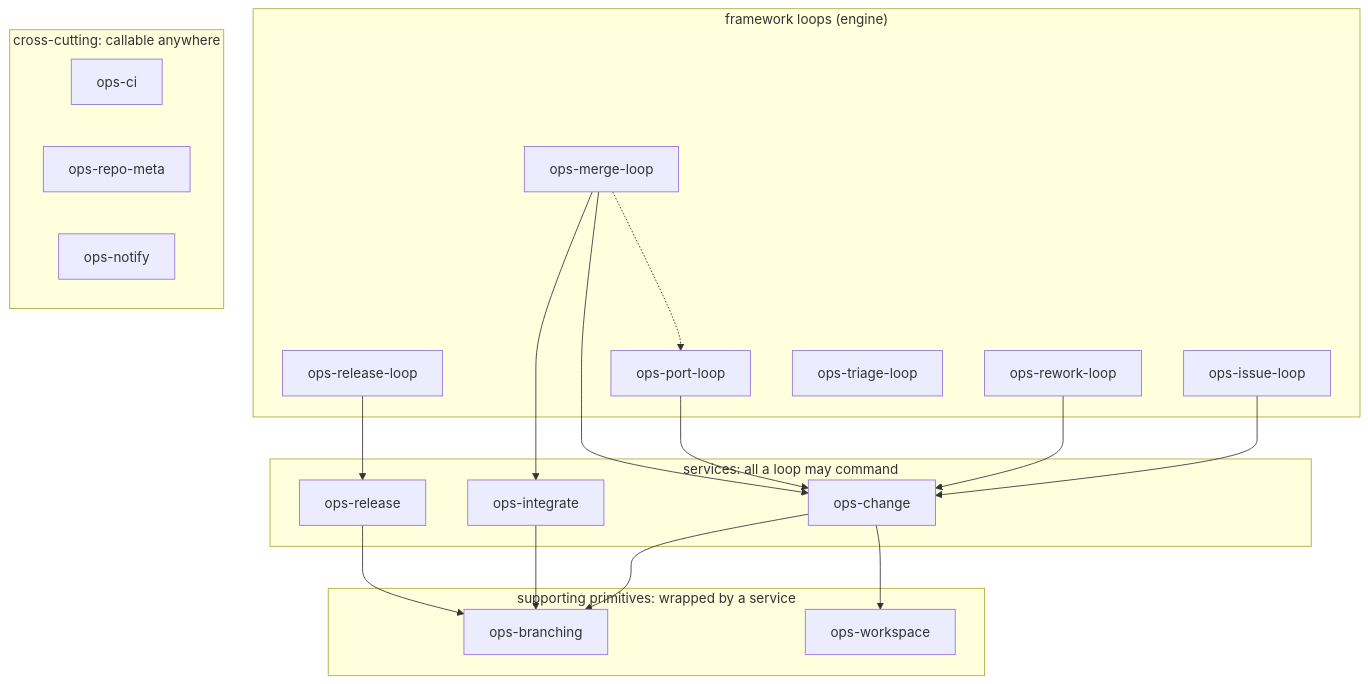
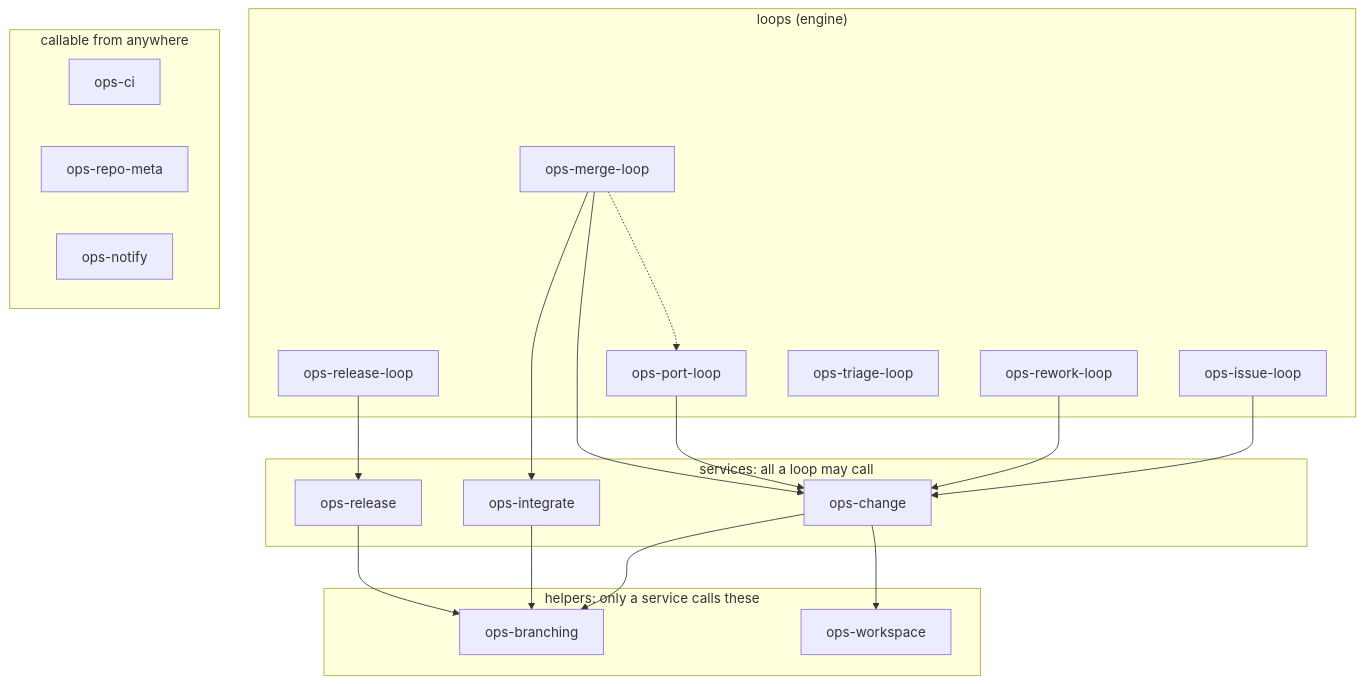
Before and after one commit to umbraco/umbraco-ai-ops: the third of 3 diagrams in README.md, drawn with Mermaid. The commit also changed other lines of this file and 75 other files, not shown here.

````diff
--- a/README.md
+++ b/README.md
@@ -261,36 +244,36 @@
 ```mermaid
 flowchart TD
-  subgraph L["framework loops (engine)"]
+  subgraph L["loops (engine)"]
     IL[ops-issue-loop]
     RW[ops-rework-loop]
     PT[ops-port-loop]
     MF[ops-merge-loop]
     AR[ops-release-loop]
     TR[ops-triage-loop]
   end
-  subgraph S["services: all a loop may command"]
+  subgraph S["services: all a loop may call"]
     CH[ops-change]
     IN[ops-integrate]
     RE[ops-release]
   end
-  subgraph P["supporting primitives: wrapped by a service"]
+  subgraph P["helpers: only a service calls these"]
     BR[ops-branching]
     WS[ops-workspace]
   end
-  subgraph X["cross-cutting: callable anywhere"]
+  subgraph X["callable from anywhere"]
     CI[ops-ci]
     RM[ops-repo-meta]
     NO[ops-notify]
   end
   IL --> CH
   RW --> CH
   PT --> CH
   MF --> IN
   MF --> CH
   AR --> RE
   MF -.-> PT
   CH --> WS
   CH --> BR
   IN --> BR
   RE --> BR
 ```
````
